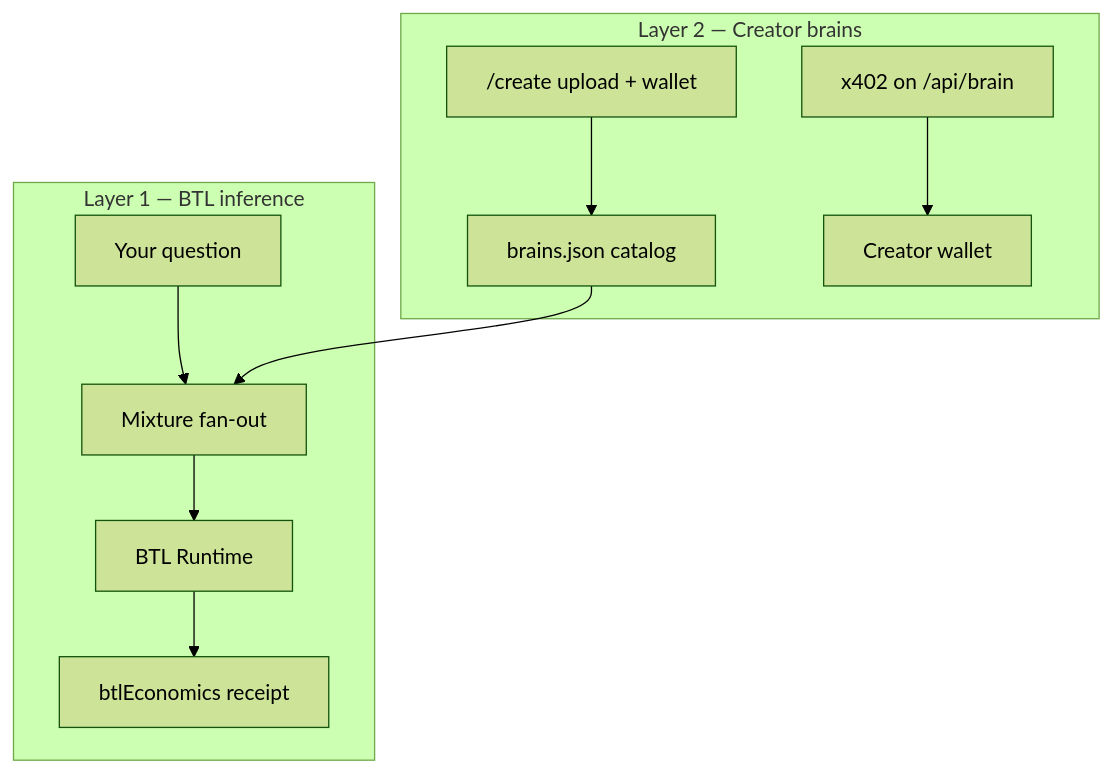
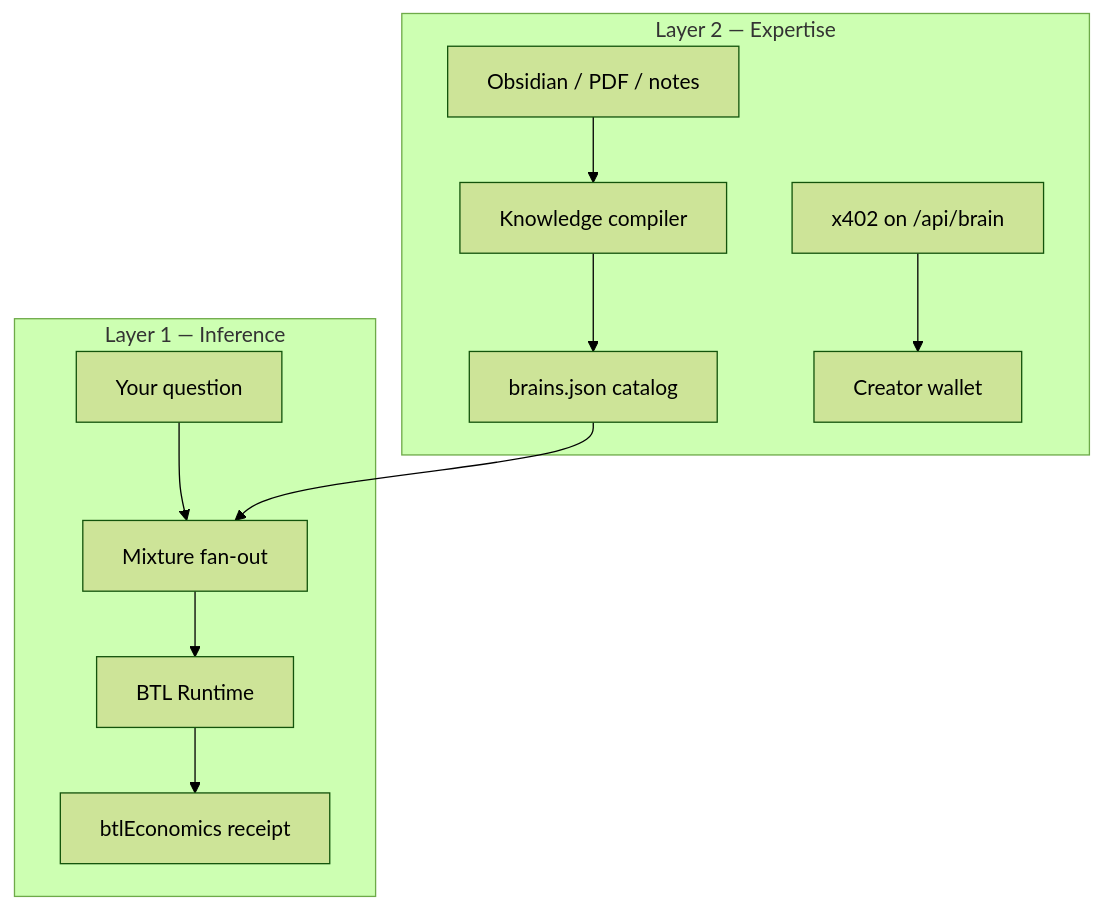
The first of 4 diagrams in README.md (arko05roy/Icaruz), drawn with Mermaid (forest theme) before and after one commit. The commit also changed other lines of this file and 4 other files, not shown here.

````diff
--- a/README.md
+++ b/README.md
@@ -25,20 +76,21 @@
 ```mermaid
 flowchart TB
-    subgraph layer1 [Layer 1 — BTL inference]
+    subgraph layer1 [Layer 1 — Inference]
         Q[Your question]
         MIX[Mixture fan-out]
         BTL[BTL Runtime]
         RCPT[btlEconomics receipt]
         Q --> MIX --> BTL --> RCPT
     end
 
-    subgraph layer2 [Layer 2 — Creator brains]
-        CREATE["/create upload + wallet"]
+    subgraph layer2 [Layer 2 — Expertise]
+        VAULT[Obsidian / PDF / notes]
+        COMPILE[Knowledge compiler]
         REG[brains.json catalog]
         X402[x402 on /api/brain]
         WALLET[Creator wallet]
-        CREATE --> REG
+        VAULT --> COMPILE --> REG
         REG --> MIX
         X402 --> WALLET
     end
 ```
````
